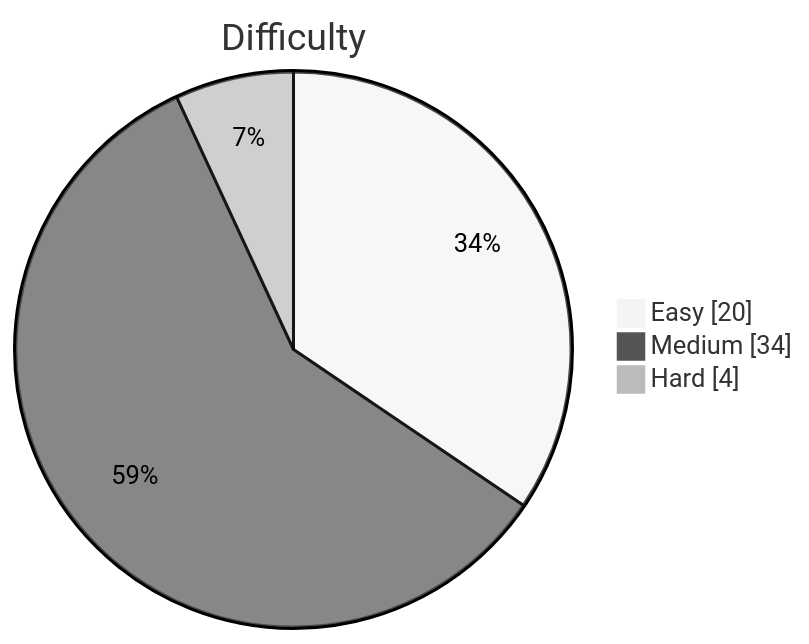
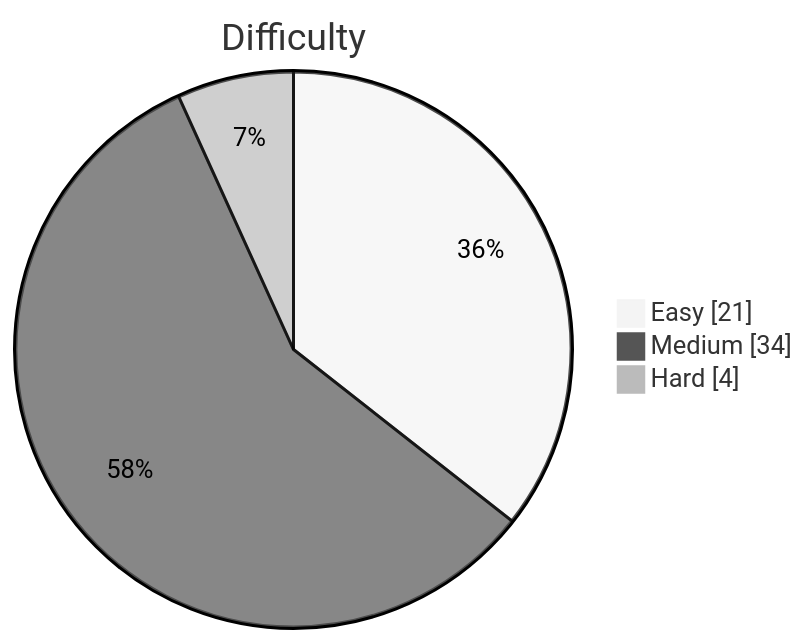
The diagram in README.md (kevstevie/python-algo-practice), drawn with Mermaid (neutral theme) before and after one commit. The commit also changed other lines of this file, not shown here.

````diff
--- a/README.md
+++ b/README.md
@@ -13,7 +13,7 @@
 ```mermaid
 pie showData
     title Difficulty
-    "Easy"   : 20
+    "Easy"   : 21
     "Medium" : 34
     "Hard"   : 4
 ```
````
